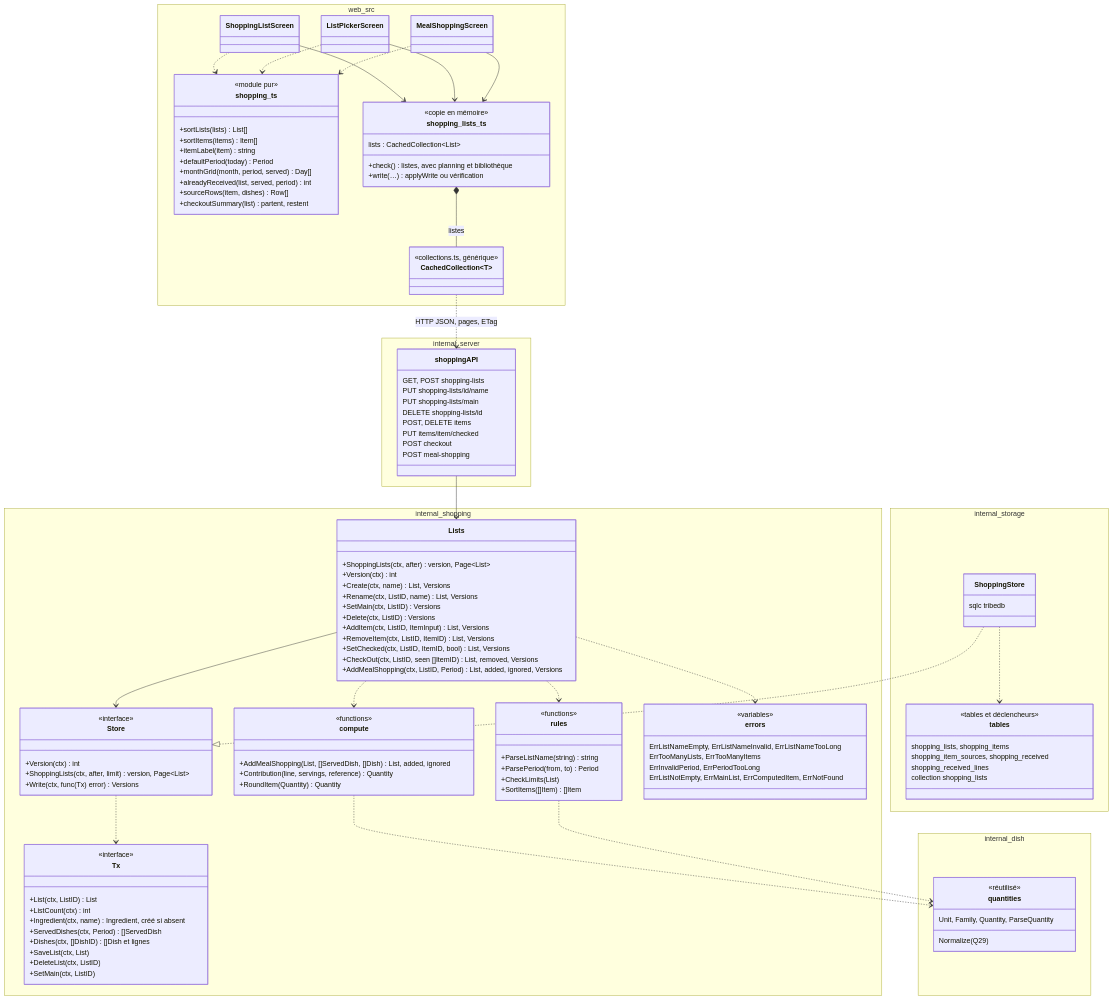
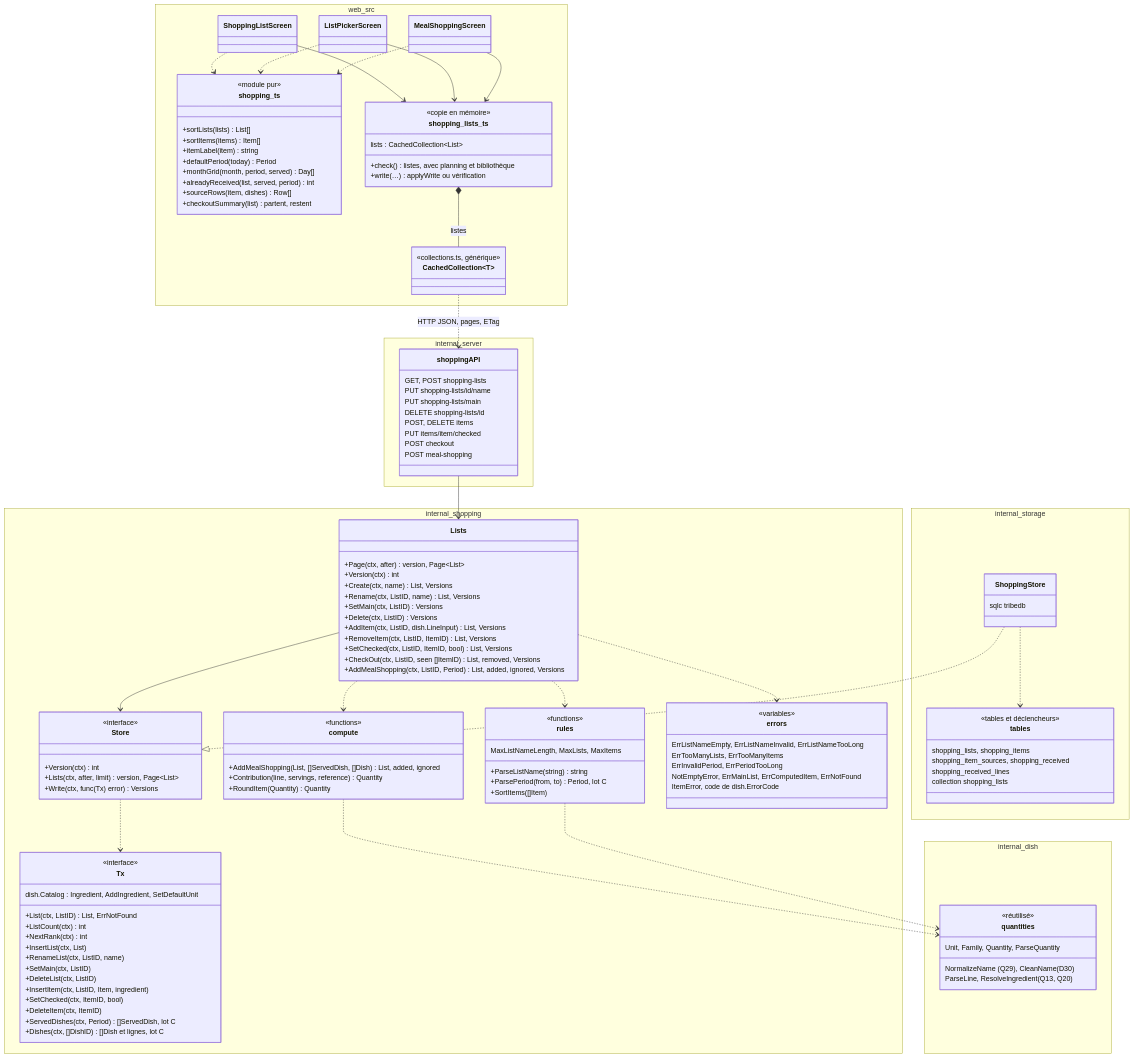
Before and after one commit to nelt/tribe-menus: the second of 5 diagrams in docs/conception/listes-de-courses.md, drawn with Mermaid. The commit also changed other lines of this file and 29 other files, not shown here.

```diff
--- a/docs/conception/listes-de-courses.md
+++ b/docs/conception/listes-de-courses.md
@@ -110,13 +110,13 @@
 
     namespace internal_shopping {
         class Lists {
-            +ShoppingLists(ctx, after) version, Page~List~
+            +Page(ctx, after) version, Page~List~
             +Version(ctx) int
             +Create(ctx, name) List, Versions
             +Rename(ctx, ListID, name) List, Versions
             +SetMain(ctx, ListID) Versions
             +Delete(ctx, ListID) Versions
-            +AddItem(ctx, ListID, ItemInput) List, Versions
+            +AddItem(ctx, ListID, dish.LineInput) List, Versions
             +RemoveItem(ctx, ListID, ItemID) List, Versions
             +SetChecked(ctx, ListID, ItemID, bool) List, Versions
             +CheckOut(ctx, ListID, seen []ItemID) List, removed, Versions
@@ -125,19 +125,24 @@
         class Store {
             <<interface>>
             +Version(ctx) int
-            +ShoppingLists(ctx, after, limit) version, Page~List~
+            +Lists(ctx, after, limit) version, Page~List~
             +Write(ctx, func(Tx) error) Versions
         }
         class Tx {
             <<interface>>
-            +List(ctx, ListID) List
+            dish.Catalog : Ingredient, AddIngredient, SetDefaultUnit
+            +List(ctx, ListID) List, ErrNotFound
             +ListCount(ctx) int
-            +Ingredient(ctx, name) Ingredient, créé si absent
-            +ServedDishes(ctx, Period) []ServedDish
-            +Dishes(ctx, []DishID) []Dish et lignes
-            +SaveList(ctx, List)
+            +NextRank(ctx) int
+            +InsertList(ctx, List)
+            +RenameList(ctx, ListID, name)
+            +SetMain(ctx, ListID)
             +DeleteList(ctx, ListID)
-            +SetMain(ctx, ListID)
+            +InsertItem(ctx, ListID, Item, ingredient)
+            +SetChecked(ctx, ItemID, bool)
+            +DeleteItem(ctx, ItemID)
+            +ServedDishes(ctx, Period) []ServedDish, lot C
+            +Dishes(ctx, []DishID) []Dish et lignes, lot C
         }
         class compute {
             <<functions>>
@@ -148,23 +153,25 @@
         class rules {
             <<functions>>
             +ParseListName(string) string
-            +ParsePeriod(from, to) Period
-            +CheckLimits(List)
-            +SortItems([]Item) []Item
+            +ParsePeriod(from, to) Period, lot C
+            +SortItems([]Item)
+            MaxListNameLength, MaxLists, MaxItems
         }
         class errors {
             <<variables>>
             ErrListNameEmpty, ErrListNameInvalid, ErrListNameTooLong
             ErrTooManyLists, ErrTooManyItems
             ErrInvalidPeriod, ErrPeriodTooLong
-            ErrListNotEmpty, ErrMainList, ErrComputedItem, ErrNotFound
+            NotEmptyError, ErrMainList, ErrComputedItem, ErrNotFound
+            ItemError, code de dish.ErrorCode
         }
     }
     namespace internal_dish {
         class quantities {
             <<réutilisé>>
             Unit, Family, Quantity, ParseQuantity
-            Normalize (Q29)
+            NormalizeName (Q29), CleanName (D30)
+            ParseLine, ResolveIngredient (Q13, Q20)
         }
     }
     namespace internal_storage {
```
